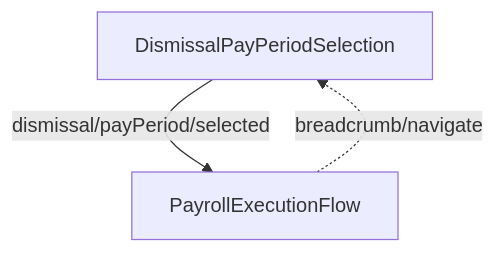
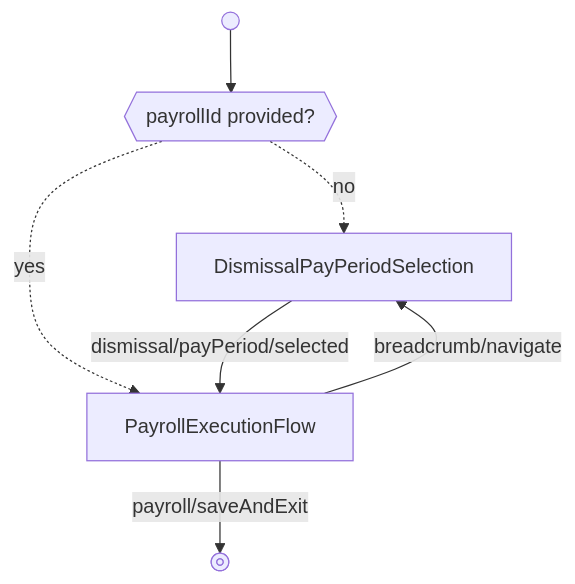
One commit to Gusto/embedded-react-sdk changed the diagram in docs/reference/payroll/dismissal-flow.md. Above: the diagram before and after it, drawn with Mermaid. The commit also changed other lines of this file and 5 other files, not shown here.

First line of the commit message:
docs(payroll): model entry condition + save-and-exit in off-cycle/dismissal/transition diagrams

````diff
--- a/docs/reference/payroll/dismissal-flow.md
+++ b/docs/reference/payroll/dismissal-flow.md
@@ -54,5 +54,11 @@
 ```mermaid
 flowchart
-  PayPeriodSelection["DismissalPayPeriodSelection"] -->|"dismissal/payPeriod/selected"| Execution["PayrollExecutionFlow"]
-  Execution -.->|"breadcrumb/navigate"| PayPeriodSelection
+  start@{ shape: sm-circ } --> hasPayroll{{"payrollId provided?"}}
+  hasPayroll -.->|"no"| PayPeriodSelection["DismissalPayPeriodSelection"]
+  hasPayroll -.->|"yes"| Execution["PayrollExecutionFlow"]
+  PayPeriodSelection -->|"dismissal/payPeriod/selected"| Execution
+  Execution -->|"breadcrumb/navigate"| PayPeriodSelection
+  Execution -->|"payroll/saveAndExit"| done@{ shape: fr-circ, label: " " }
+  class hasPayroll branch
+  class Execution flow
 ```
````
